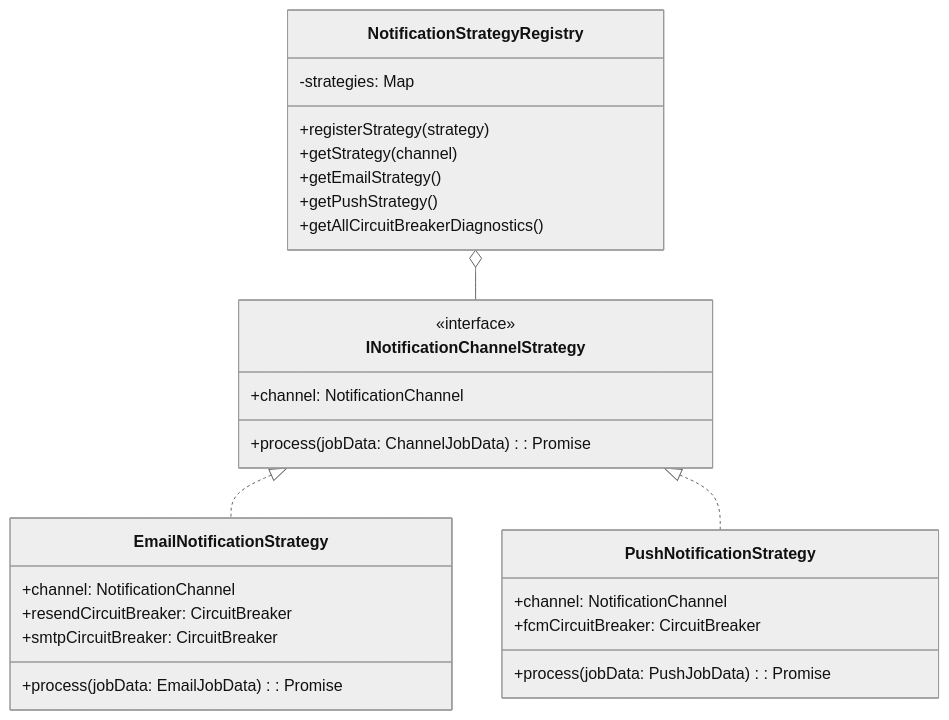
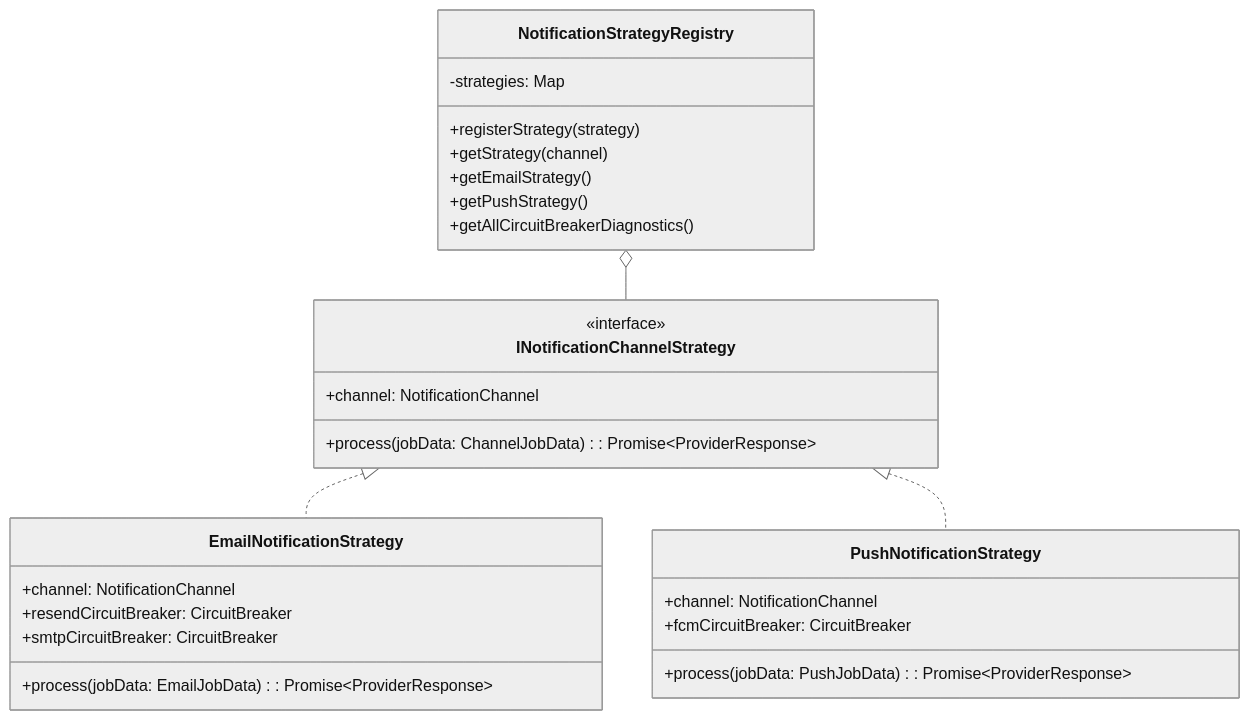
One commit to rishank-kesarwani/notification-service changed the third of 4 diagrams in README.md. Above: the diagram before and after it, drawn with Mermaid (neutral theme). The commit also changed other lines of this file, not shown here.

````diff
--- a/README.md
+++ b/README.md
@@ -136,34 +475,34 @@
 ```mermaid
 classDiagram
     class INotificationChannelStrategy {
         <<interface>>
         +channel: NotificationChannel
-        +process(jobData: ChannelJobData): Promise
+        +process(jobData: ChannelJobData): Promise~ProviderResponse~
     }
 
     class EmailNotificationStrategy {
         +channel: NotificationChannel
         +resendCircuitBreaker: CircuitBreaker
         +smtpCircuitBreaker: CircuitBreaker
-        +process(jobData: EmailJobData): Promise
+        +process(jobData: EmailJobData): Promise~ProviderResponse~
     }
 
     class PushNotificationStrategy {
         +channel: NotificationChannel
         +fcmCircuitBreaker: CircuitBreaker
-        +process(jobData: PushJobData): Promise
+        +process(jobData: PushJobData): Promise~ProviderResponse~
     }
 
     class NotificationStrategyRegistry {
         -strategies: Map
         +registerStrategy(strategy)
         +getStrategy(channel)
         +getEmailStrategy()
         +getPushStrategy()
         +getAllCircuitBreakerDiagnostics()
     }
 
     INotificationChannelStrategy <|.. EmailNotificationStrategy
     INotificationChannelStrategy <|.. PushNotificationStrategy
     NotificationStrategyRegistry o-- INotificationChannelStrategy
 ```
````
